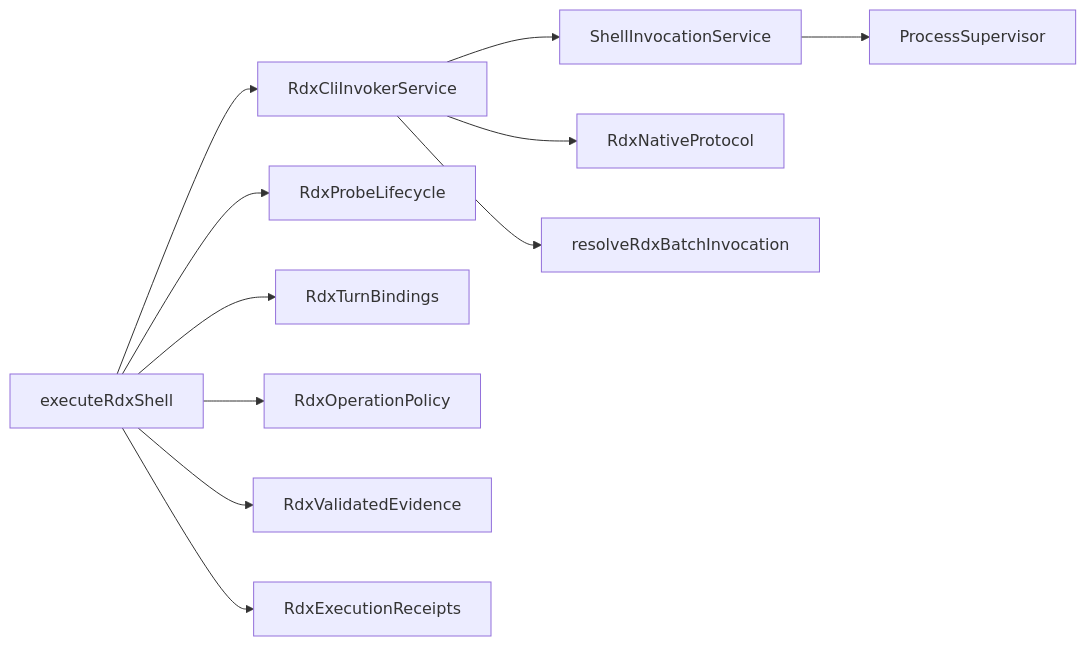
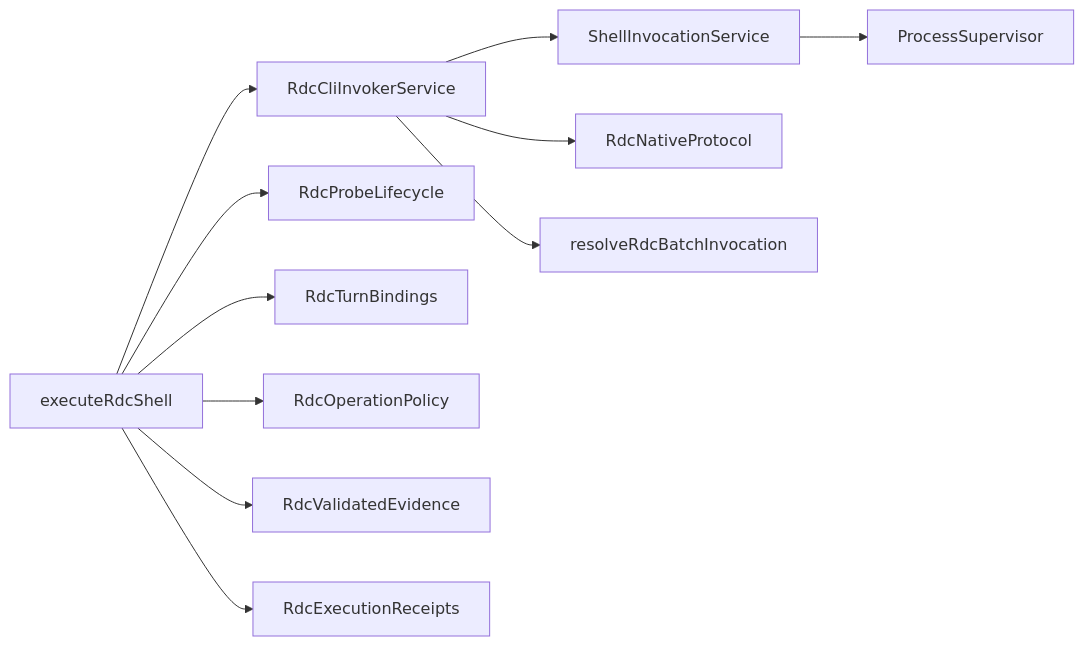
The fifth of 6 diagrams in .qoder/repowiki/zh/content/架构设计/核心组件设计/CLI调用器设计/CLI调用器设计.md (haolange/RDC-Agent), drawn with Mermaid before and after one commit. The commit also changed other lines of this file and 557 other files, not shown here.

````diff
--- a/.qoder/repowiki/zh/content/架构设计/核心组件设计/CLI调用器设计/CLI调用器设计.md
+++ b/.qoder/repowiki/zh/content/架构设计/核心组件设计/CLI调用器设计/CLI调用器设计.md
@@ -394,13 +394,13 @@
 ```mermaid
 graph LR
-A["RdxCliInvokerService"] --> B["ShellInvocationService"]
+A["RdcCliInvokerService"] --> B["ShellInvocationService"]
 B --> C["ProcessSupervisor"]
-A --> D["RdxNativeProtocol"]
-A --> E["resolveRdxBatchInvocation"]
-F["executeRdxShell"] --> A
-F --> G["RdxProbeLifecycle"]
-F --> H["RdxTurnBindings"]
-F --> I["RdxOperationPolicy"]
-F --> J["RdxValidatedEvidence"]
-F --> K["RdxExecutionReceipts"]
+A --> D["RdcNativeProtocol"]
+A --> E["resolveRdcBatchInvocation"]
+F["executeRdcShell"] --> A
+F --> G["RdcProbeLifecycle"]
+F --> H["RdcTurnBindings"]
+F --> I["RdcOperationPolicy"]
+F --> J["RdcValidatedEvidence"]
+F --> K["RdcExecutionReceipts"]
 ```
````
